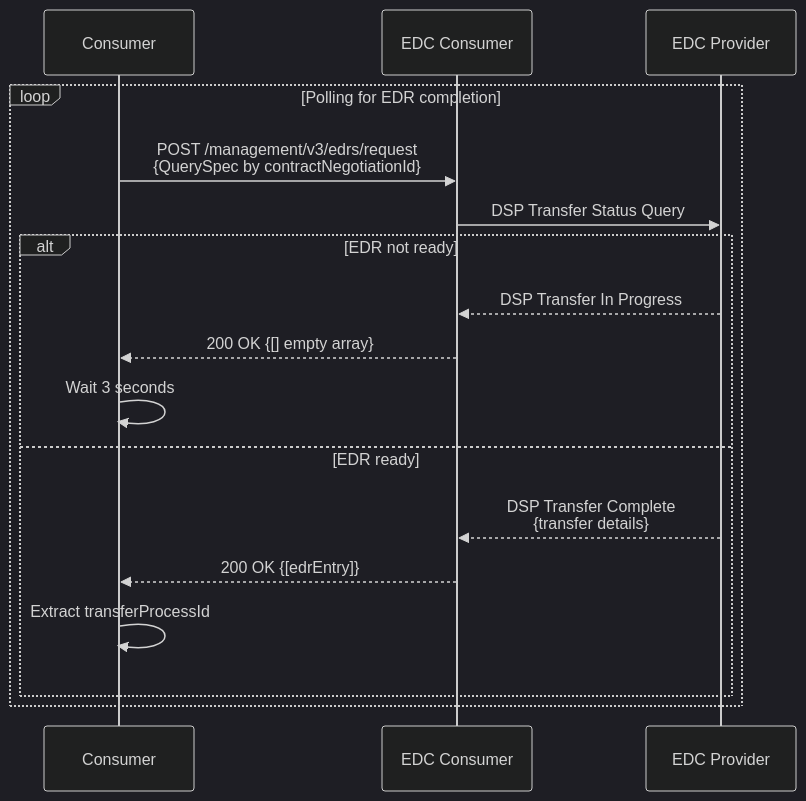
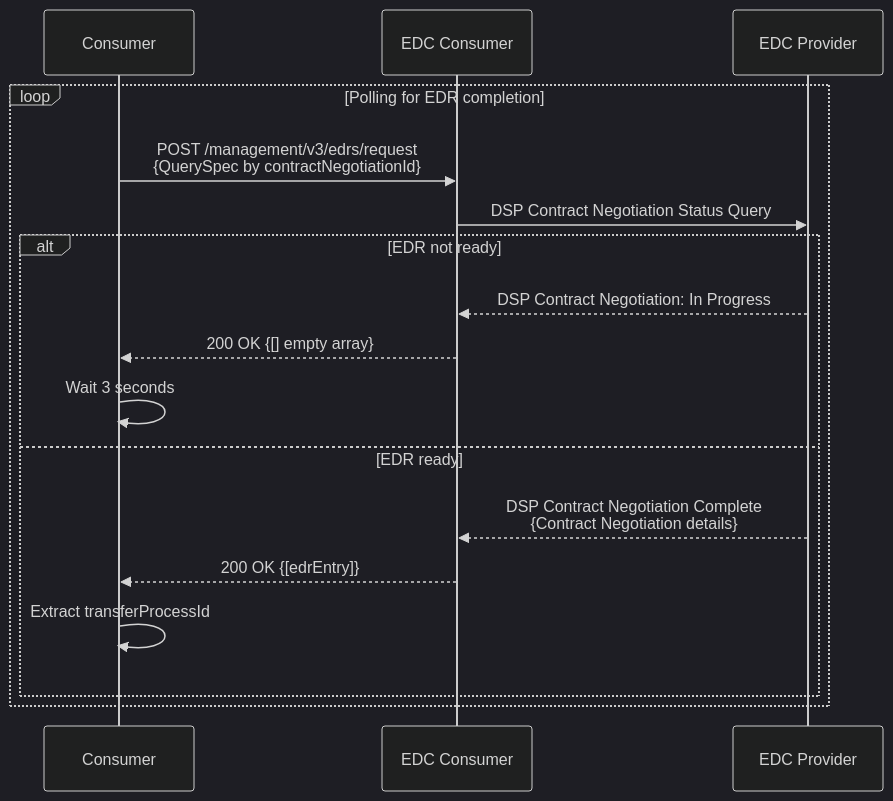
One commit to borrmann-dev/construct-x-edge-k8s changed the sixth of 8 diagrams in scripts/README.md. Above: the diagram before and after it, drawn with Mermaid (dark theme). The commit also changed other lines of this file, not shown here.

````diff
--- a/scripts/README.md
+++ b/scripts/README.md
@@ -110,20 +110,20 @@
 ```mermaid
 sequenceDiagram
     participant Consumer
     participant EDC_Consumer as EDC Consumer
     participant EDC_Provider as EDC Provider
 
     loop Polling for EDR completion
         Consumer->>EDC_Consumer: POST /management/v3/edrs/request<br/>{QuerySpec by contractNegotiationId}
-        EDC_Consumer->>EDC_Provider: DSP Transfer Status Query
+        EDC_Consumer->>EDC_Provider: DSP Contract Negotiation Status Query
         alt EDR not ready
-            EDC_Provider-->>EDC_Consumer: DSP Transfer In Progress
+            EDC_Provider-->>EDC_Consumer: DSP Contract Negotiation: In Progress
             EDC_Consumer-->>Consumer: 200 OK {[] empty array}
             Consumer->>Consumer: Wait 3 seconds
         else EDR ready
-            EDC_Provider-->>EDC_Consumer: DSP Transfer Complete<br/>{transfer details}
+            EDC_Provider-->>EDC_Consumer: DSP Contract Negotiation Complete<br/>{Contract Negotiation details}
             EDC_Consumer-->>Consumer: 200 OK {[edrEntry]}
             Consumer->>Consumer: Extract transferProcessId
         end
     end
 ```
````
